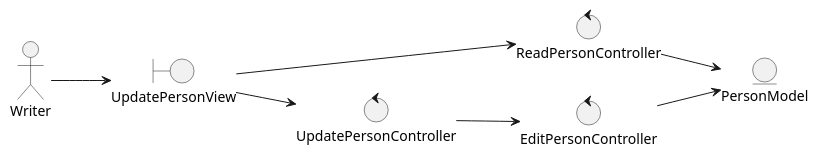
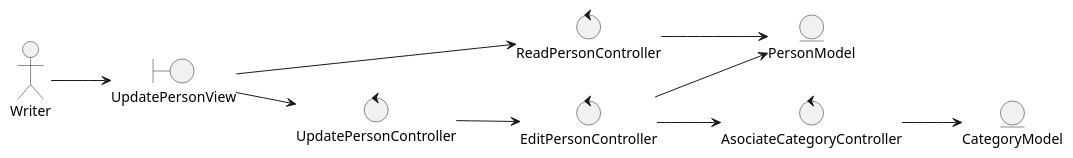
Before and after one commit to nataliacasanova/analesdelaciencia: diagram 14 of 33 in index.adoc, drawn with PlantUML. The commit also changed other lines of this file and 49 other files, not shown here.

Commit message:
diagramas

```diff
--- a/index.adoc
+++ b/index.adoc
@@ -885,18 +917,22 @@
 [plantuml, updatePersonAnalisis, svg]
 ....
 left to right direction
 
 actor Writer
 boundary UpdatePersonView
 control ReadPersonController
 control UpdatePersonController
 control EditPersonController
+control AsociateCategoryController
+entity CategoryModel
 entity PersonModel
 
 Writer --> UpdatePersonView
 UpdatePersonView --> ReadPersonController
 UpdatePersonView --> UpdatePersonController
 UpdatePersonController --> EditPersonController
+EditPersonController --> AsociateCategoryController
 ReadPersonController --> PersonModel
 EditPersonController --> PersonModel
+AsociateCategoryController --> CategoryModel
 ....
```
